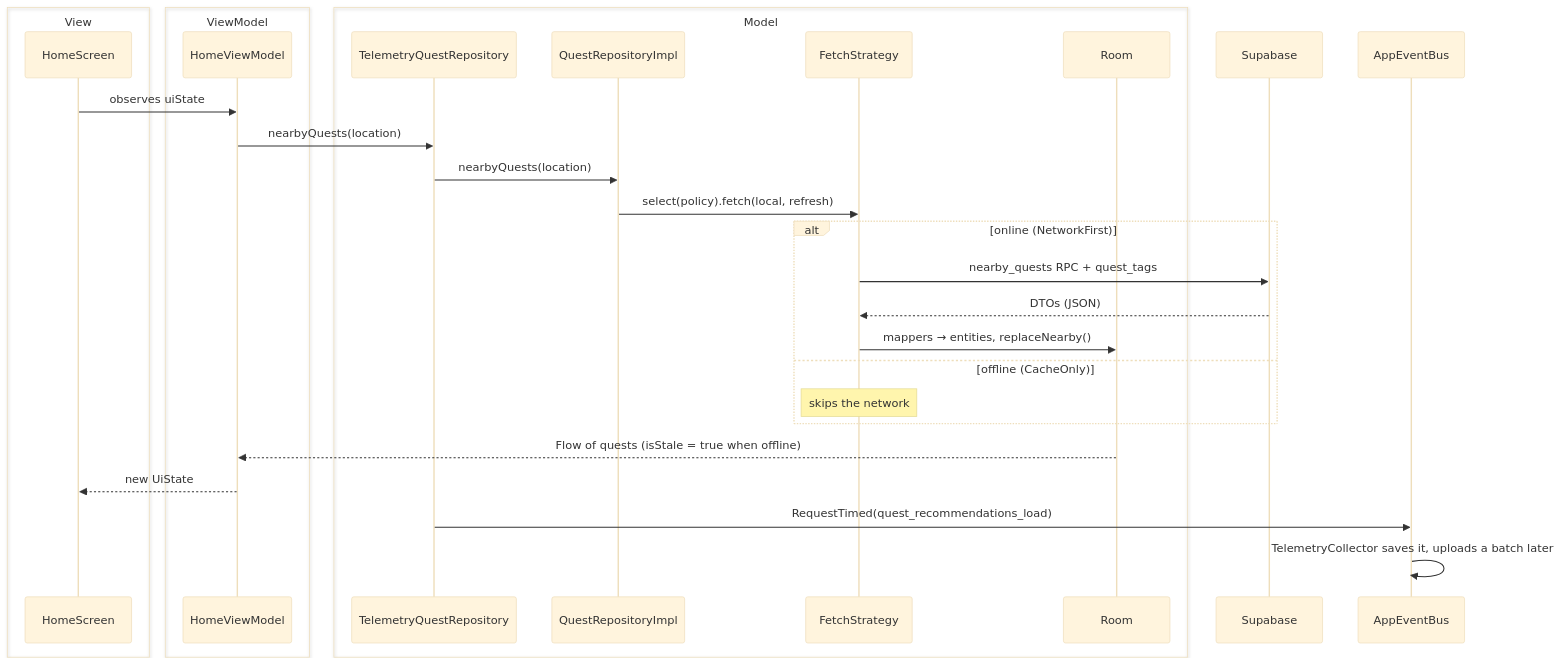
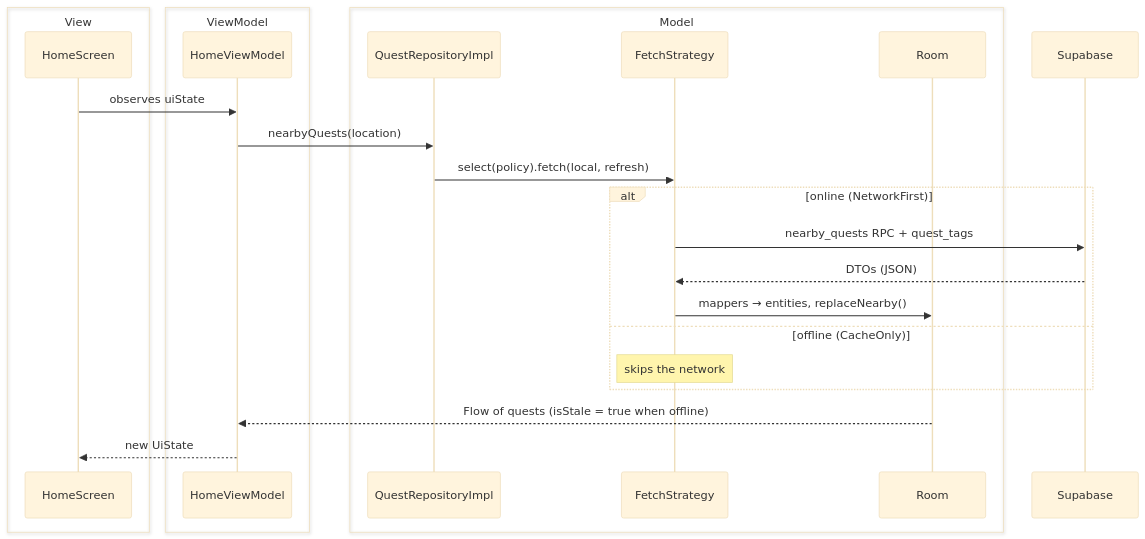
Before and after one commit to jdgutierrezr/wandr-android: the fourth of 7 diagrams in docs/ARCHITECTURE.md, drawn with Mermaid (base theme). The commit also changed other lines of this file and 3 other files, not shown here.

````diff
--- a/docs/ARCHITECTURE.md
+++ b/docs/ARCHITECTURE.md
@@ -268,33 +244,28 @@
 ```mermaid
 sequenceDiagram
     box View
         participant UI as HomeScreen
     end
     box ViewModel
         participant VM as HomeViewModel
     end
     box Model
-        participant D as TelemetryQuestRepository
         participant R as QuestRepositoryImpl
         participant S as FetchStrategy
         participant DB as Room
     end
     participant API as Supabase
-    participant Bus as AppEventBus
 
     UI->>VM: observes uiState
-    VM->>D: nearbyQuests(location)
-    D->>R: nearbyQuests(location)
+    VM->>R: nearbyQuests(location)
     R->>S: select(policy).fetch(local, refresh)
     alt online (NetworkFirst)
         S->>API: nearby_quests RPC + quest_tags
         API-->>S: DTOs (JSON)
         S->>DB: mappers → entities, replaceNearby()
     else offline (CacheOnly)
         Note over S: skips the network
     end
     DB-->>VM: Flow of quests (isStale = true when offline)
     VM-->>UI: new UiState
-    D->>Bus: RequestTimed(quest_recommendations_load)
-    Bus->>Bus: TelemetryCollector saves it, uploads a batch later
 ```
````
